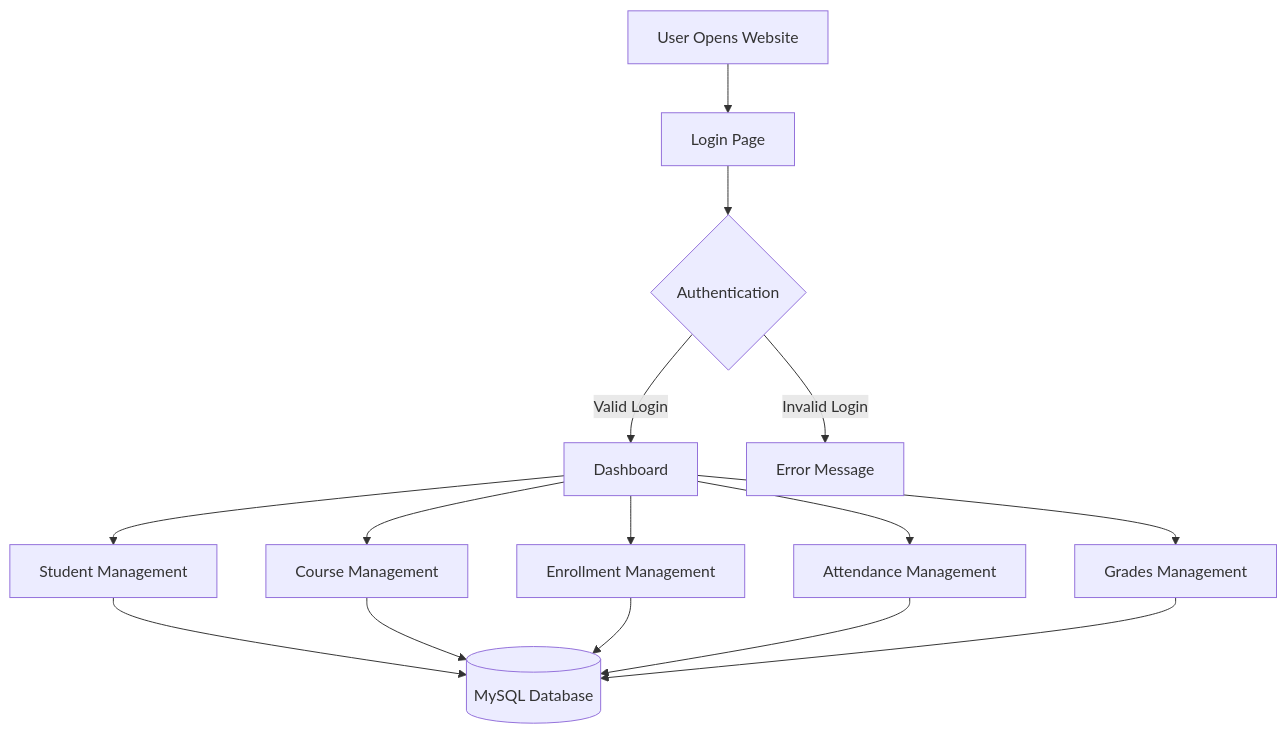
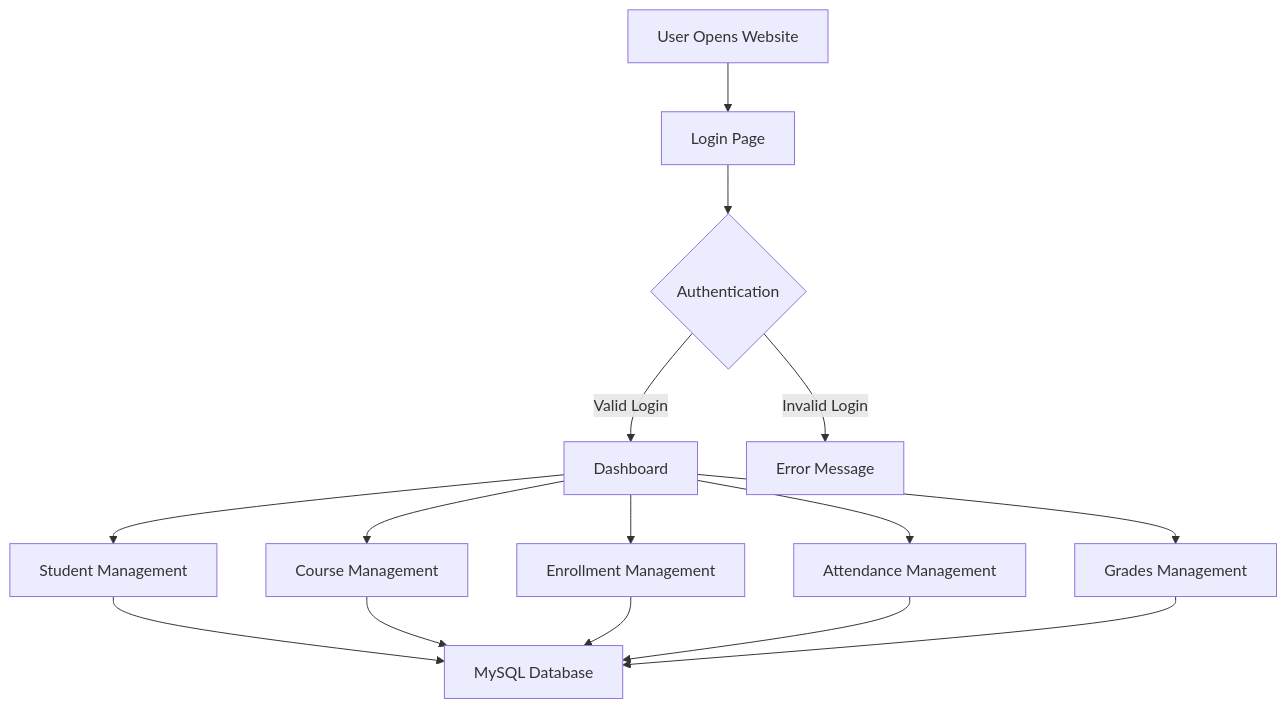
The first of 5 diagrams in README.md (LwinKo-kun/SMS-MVC), drawn with Mermaid before and after one commit. The commit also changed other lines of this file, not shown here.

Commit message:
ReadMe diagram rendering fixed

````diff
--- a/README.md
+++ b/README.md
@@ -15,22 +24,22 @@
 ```mermaid
 flowchart TD
 
-A[User Opens Website] --> B[Login Page]
+A["User Opens Website"] --> B["Login Page"]
 
-B --> C{Authentication}
+B --> C{"Authentication"}
 
-C -->|Valid Login| D[Dashboard]
-C -->|Invalid Login| E[Error Message]
+C -- "Valid Login" --> D["Dashboard"]
+C -- "Invalid Login" --> E["Error Message"]
 
-D --> F[Student Management]
-D --> G[Course Management]
-D --> H[Enrollment Management]
-D --> I[Attendance Management]
-D --> J[Grades Management]
+D --> F["Student Management"]
+D --> G["Course Management"]
+D --> H["Enrollment Management"]
+D --> I["Attendance Management"]
+D --> J["Grades Management"]
 
-F --> K[(MySQL Database)]
+F --> K["MySQL Database"]
 G --> K
 H --> K
 I --> K
 J --> K
 ```
````
